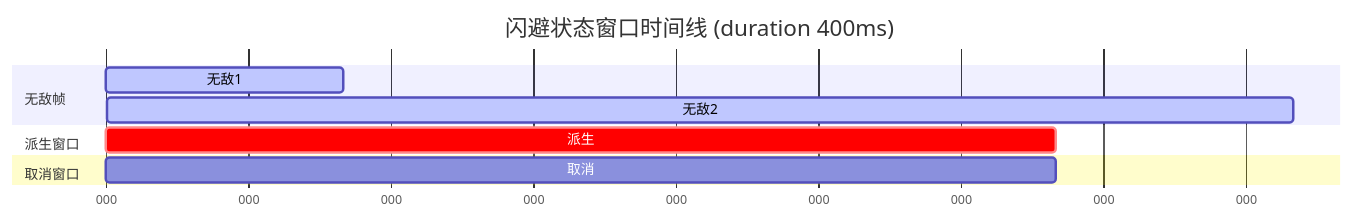
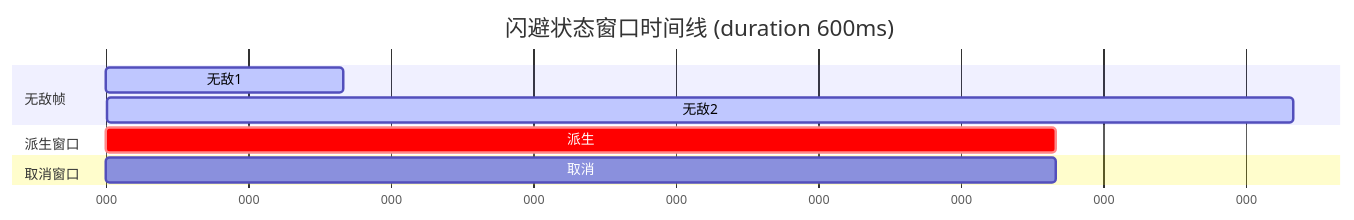
One commit to 17Artist/ArcartX-Wiki changed the third of 4 diagrams in content/docs/chronos/7_controller.mdx. Above: the diagram before and after it, drawn with Mermaid. The commit also changed other lines of this file and 23 other files, not shown here.

````diff
--- a/content/docs/chronos/7_controller.mdx
+++ b/content/docs/chronos/7_controller.mdx
@@ -339,13 +348,13 @@
 ```mermaid
 gantt
-    title 闪避状态窗口时间线 (duration 400ms)
+    title 闪避状态窗口时间线 (duration 600ms)
     dateFormat X
     axisFormat %L
     section 无敌帧
     无敌1 :active, 0, 100
     无敌2 :active, 400, 500
     section 派生窗口
     派生 :crit, 200, 400
     section 取消窗口
     取消 :150, 400
 ```
````
